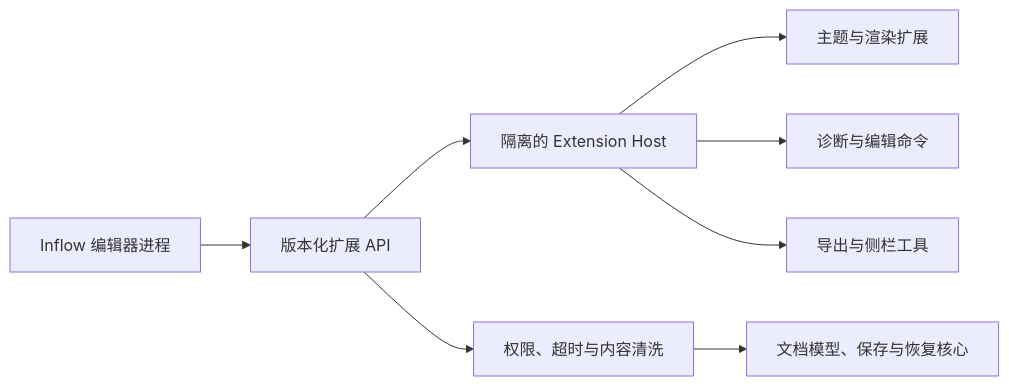
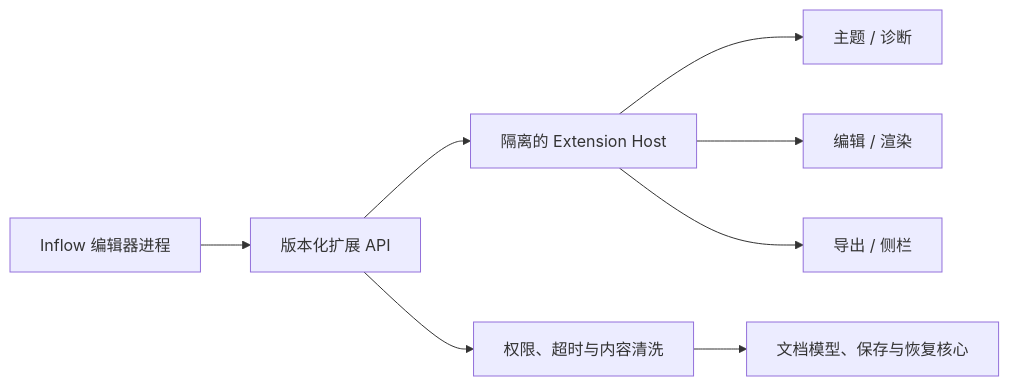
Before and after one commit to Eulimene/Inflow: the diagram in docs/engineering/extensions/OVERVIEW.md, drawn with Mermaid. The commit also changed other lines of this file and 21 other files, not shown here.

````diff
--- a/docs/engineering/extensions/OVERVIEW.md
+++ b/docs/engineering/extensions/OVERVIEW.md
@@ -116,10 +116,10 @@
 ```mermaid
 flowchart LR
     UI["Inflow 编辑器进程"] --> API["版本化扩展 API"]
     API --> Host["隔离的 Extension Host"]
-    Host --> E1["主题与渲染扩展"]
-    Host --> E2["诊断与编辑命令"]
-    Host --> E3["导出与侧栏工具"]
+    Host --> Theme["主题 / 诊断"]
+    Host --> Content["编辑 / 渲染"]
+    Host --> Tools["导出 / 侧栏"]
     API --> Guard["权限、超时与内容清洗"]
     Guard --> Core["文档模型、保存与恢复核心"]
 ```
````
